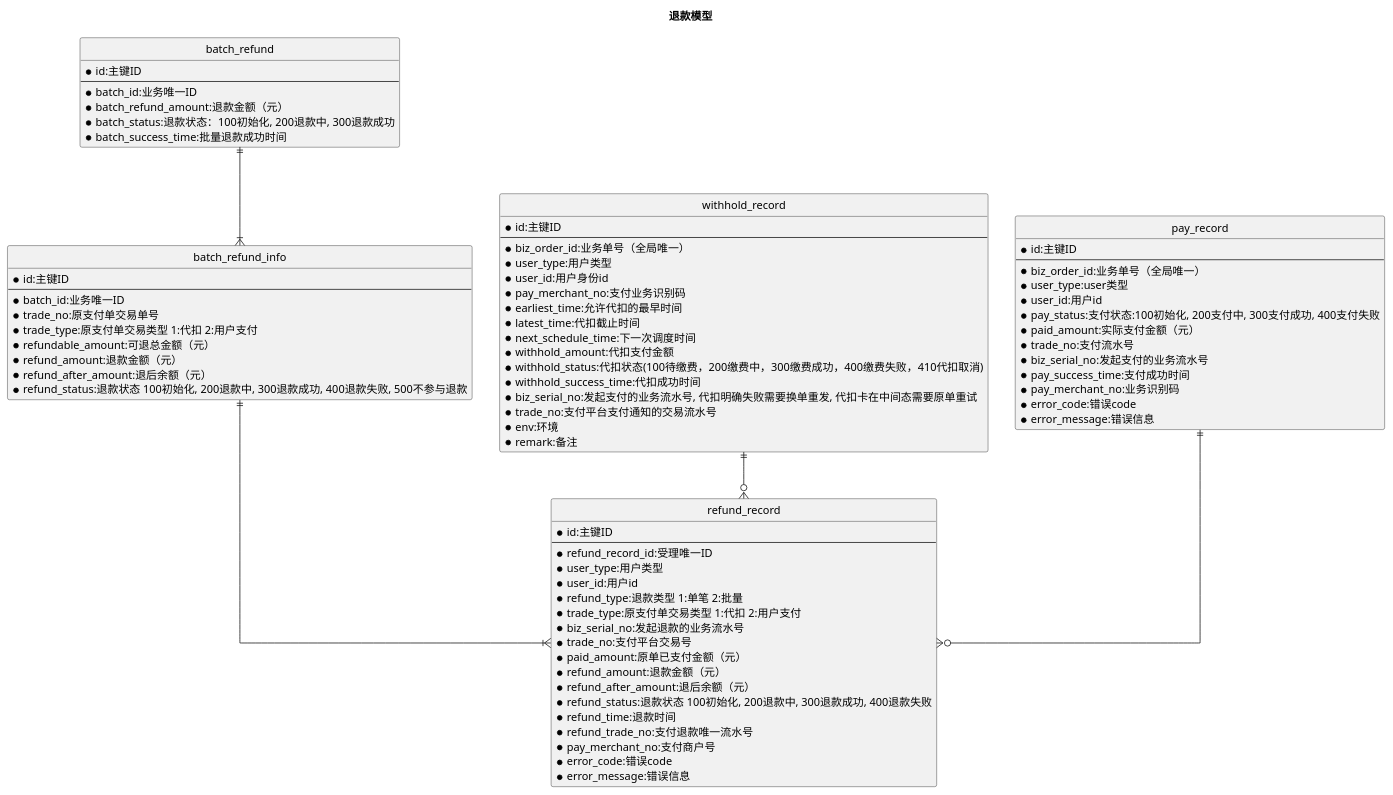
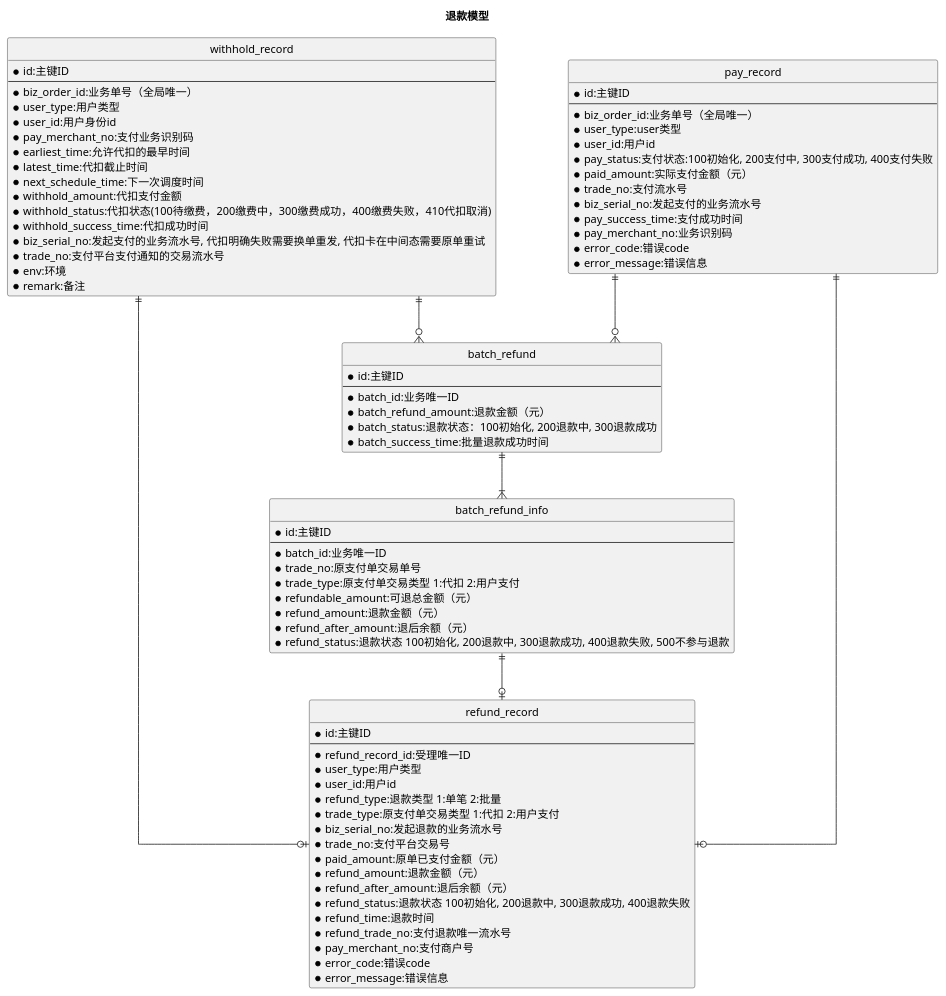
Before and after one commit to dictionaryshi/wxjj: the diagram in diagram/EntityDemo.puml, drawn with PlantUML.

Commit message:
EntityDemo.puml

```diff
--- a/diagram/EntityDemo.puml
+++ b/diagram/EntityDemo.puml
@@ -1,97 +1,101 @@
 @startuml
 
 title 退款模型
 
 '隐藏类标'
 hide circle
 
 '使用直线'
 skinparam linetype ortho
 
 entity "batch_refund" {
 *id:主键ID
 --
 *batch_id:业务唯一ID
 *batch_refund_amount:退款金额（元）
 *batch_status:退款状态：100初始化, 200退款中, 300退款成功
 *batch_success_time:批量退款成功时间
 }
 
 entity "batch_refund_info" {
 *id:主键ID
 --
 *batch_id:业务唯一ID
 *trade_no:原支付单交易单号
 *trade_type:原支付单交易类型 1:代扣 2:用户支付
 *refundable_amount:可退总金额（元）
 *refund_amount:退款金额（元）
 *refund_after_amount:退后余额（元）
 *refund_status:退款状态 100初始化, 200退款中, 300退款成功, 400退款失败, 500不参与退款
 }
 
 entity "refund_record" {
 *id:主键ID
 --
 *refund_record_id:受理唯一ID
 *user_type:用户类型
 *user_id:用户id
 *refund_type:退款类型 1:单笔 2:批量
 *trade_type:原支付单交易类型 1:代扣 2:用户支付
 *biz_serial_no:发起退款的业务流水号
 *trade_no:支付平台交易号
 *paid_amount:原单已支付金额（元）
 *refund_amount:退款金额（元）
 *refund_after_amount:退后余额（元）
 *refund_status:退款状态 100初始化, 200退款中, 300退款成功, 400退款失败
 *refund_time:退款时间
 *refund_trade_no:支付退款唯一流水号
 *pay_merchant_no:支付商户号
 *error_code:错误code
 *error_message:错误信息
 }
 
 entity "withhold_record" {
 *id:主键ID
 --
 *biz_order_id:业务单号（全局唯一）
 *user_type:用户类型
 *user_id:用户身份id
 *pay_merchant_no:支付业务识别码
 *earliest_time:允许代扣的最早时间
 *latest_time:代扣截止时间
 *next_schedule_time:下一次调度时间
 *withhold_amount:代扣支付金额
 *withhold_status:代扣状态(100待缴费，200缴费中，300缴费成功，400缴费失败，410代扣取消)
 *withhold_success_time:代扣成功时间
 *biz_serial_no:发起支付的业务流水号, 代扣明确失败需要换单重发, 代扣卡在中间态需要原单重试
 *trade_no:支付平台支付通知的交易流水号
 *env:环境
 *remark:备注
 }
 
 entity "pay_record" {
 *id:主键ID
 --
 *biz_order_id:业务单号（全局唯一）
 *user_type:user类型
 *user_id:用户id
 *pay_status:支付状态:100初始化, 200支付中, 300支付成功, 400支付失败
 *paid_amount:实际支付金额（元）
 *trade_no:支付流水号
 *biz_serial_no:发起支付的业务流水号
 *pay_success_time:支付成功时间
 *pay_merchant_no:业务识别码
 *error_code:错误code
 *error_message:错误信息
 }
 
 '一对多'
 batch_refund ||--|{ batch_refund_info
-'一对多'
-batch_refund_info ||--|{ refund_record
+'一对0或1'
+batch_refund_info ||--o| refund_record
+'一对0或1'
+withhold_record ||--o| refund_record
+'一对0或1'
+pay_record ||--o| refund_record
 '一对0或多'
-withhold_record ||--o{ refund_record
+withhold_record ||--o{ batch_refund
 '一对0或多'
-pay_record ||--o{ refund_record
+pay_record ||--o{ batch_refund
 
 @enduml
```
